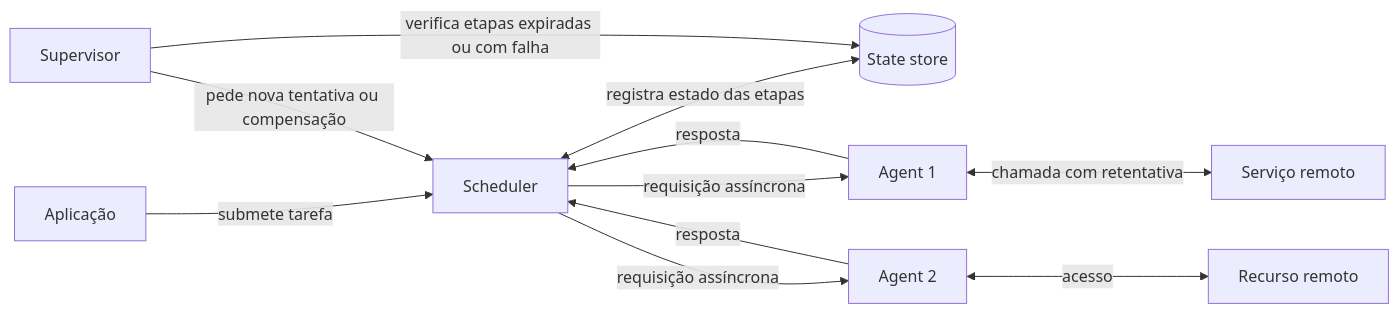
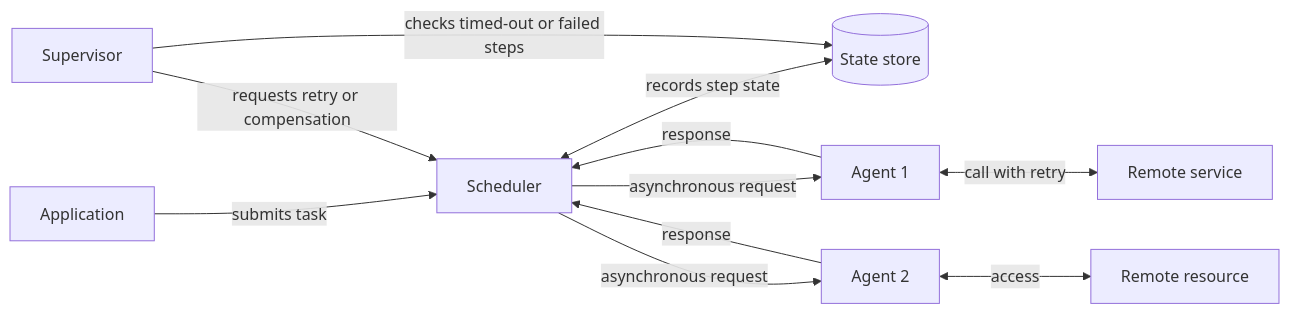
Before and after one commit to alancesar/design-patterns: the diagram in docs/cloud/cloud-design-patterns/distributed-coordination/scheduler-agent-supervisor.md, drawn with Mermaid. The commit also changed 258 other files, not shown here.

First line of the commit message:
Translate Mermaid diagrams to English

````diff
--- a/docs/cloud/cloud-design-patterns/distributed-coordination/scheduler-agent-supervisor.md
+++ b/docs/cloud/cloud-design-patterns/distributed-coordination/scheduler-agent-supervisor.md
@@ -62,13 +62,13 @@
 ```mermaid
 flowchart LR
-    App["Aplicação"] -->|"submete tarefa"| S["Scheduler"]
-    S <-->|"registra estado das etapas"| DB[("State store")]
-    S -->|"requisição assíncrona"| A1["Agent 1"]
-    S -->|"requisição assíncrona"| A2["Agent 2"]
-    A1 -->|"resposta"| S
-    A2 -->|"resposta"| S
-    A1 <-->|"chamada com retentativa"| R1["Serviço remoto"]
-    A2 <-->|"acesso"| R2["Recurso remoto"]
-    SUP["Supervisor"] -->|"verifica etapas expiradas ou com falha"| DB
-    SUP -->|"pede nova tentativa ou compensação"| S
+    App["Application"] -->|"submits task"| S["Scheduler"]
+    S <-->|"records step state"| DB[("State store")]
+    S -->|"asynchronous request"| A1["Agent 1"]
+    S -->|"asynchronous request"| A2["Agent 2"]
+    A1 -->|"response"| S
+    A2 -->|"response"| S
+    A1 <-->|"call with retry"| R1["Remote service"]
+    A2 <-->|"access"| R2["Remote resource"]
+    SUP["Supervisor"] -->|"checks timed-out or failed steps"| DB
+    SUP -->|"requests retry or compensation"| S
 ```
````
